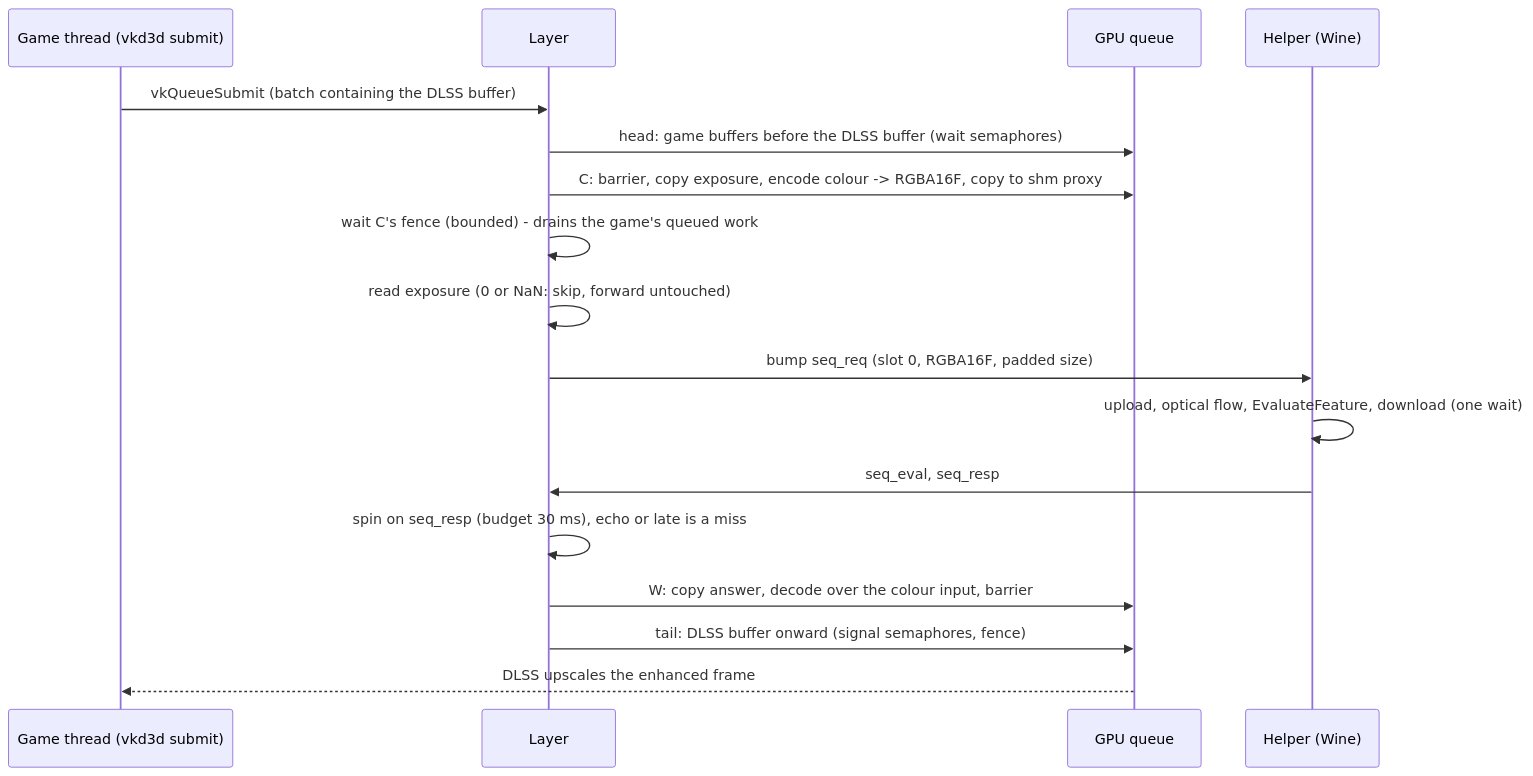
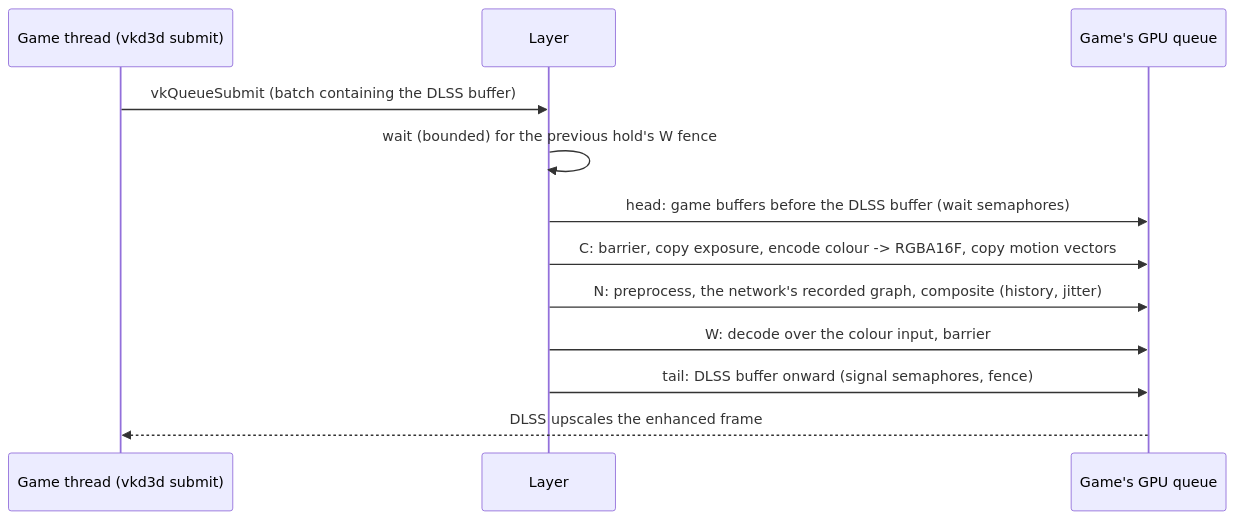
One commit to labj1987/neural-forge changed the third of 3 diagrams in docs/ARCHITECTURE.md. Above: the diagram before and after it, drawn with Mermaid. The commit also changed other lines of this file and 100 other files, not shown here.

````diff
--- a/docs/ARCHITECTURE.md
+++ b/docs/ARCHITECTURE.md
@@ -288,19 +274,14 @@
 ```mermaid
 sequenceDiagram
     participant G as Game thread (vkd3d submit)
     participant L as Layer
-    participant Q as GPU queue
-    participant H as Helper (Wine)
+    participant Q as Game's GPU queue
     G->>L: vkQueueSubmit (batch containing the DLSS buffer)
+    L->>L: wait (bounded) for the previous hold's W fence
     L->>Q: head: game buffers before the DLSS buffer (wait semaphores)
-    L->>Q: C: barrier, copy exposure, encode colour -> RGBA16F, copy to shm proxy
-    L->>L: wait C's fence (bounded) - drains the game's queued work
-    L->>L: read exposure (0 or NaN: skip, forward untouched)
-    L->>H: bump seq_req (slot 0, RGBA16F, padded size)
-    H->>H: upload, optical flow, EvaluateFeature, download (one wait)
-    H->>L: seq_eval, seq_resp
-    L->>L: spin on seq_resp (budget 30 ms), echo or late is a miss
-    L->>Q: W: copy answer, decode over the colour input, barrier
+    L->>Q: C: barrier, copy exposure, encode colour -> RGBA16F, copy motion vectors
+    L->>Q: N: preprocess, the network's recorded graph, composite (history, jitter)
+    L->>Q: W: decode over the colour input, barrier
     L->>Q: tail: DLSS buffer onward (signal semaphores, fence)
     Q-->>G: DLSS upscales the enhanced frame
 ```
````
